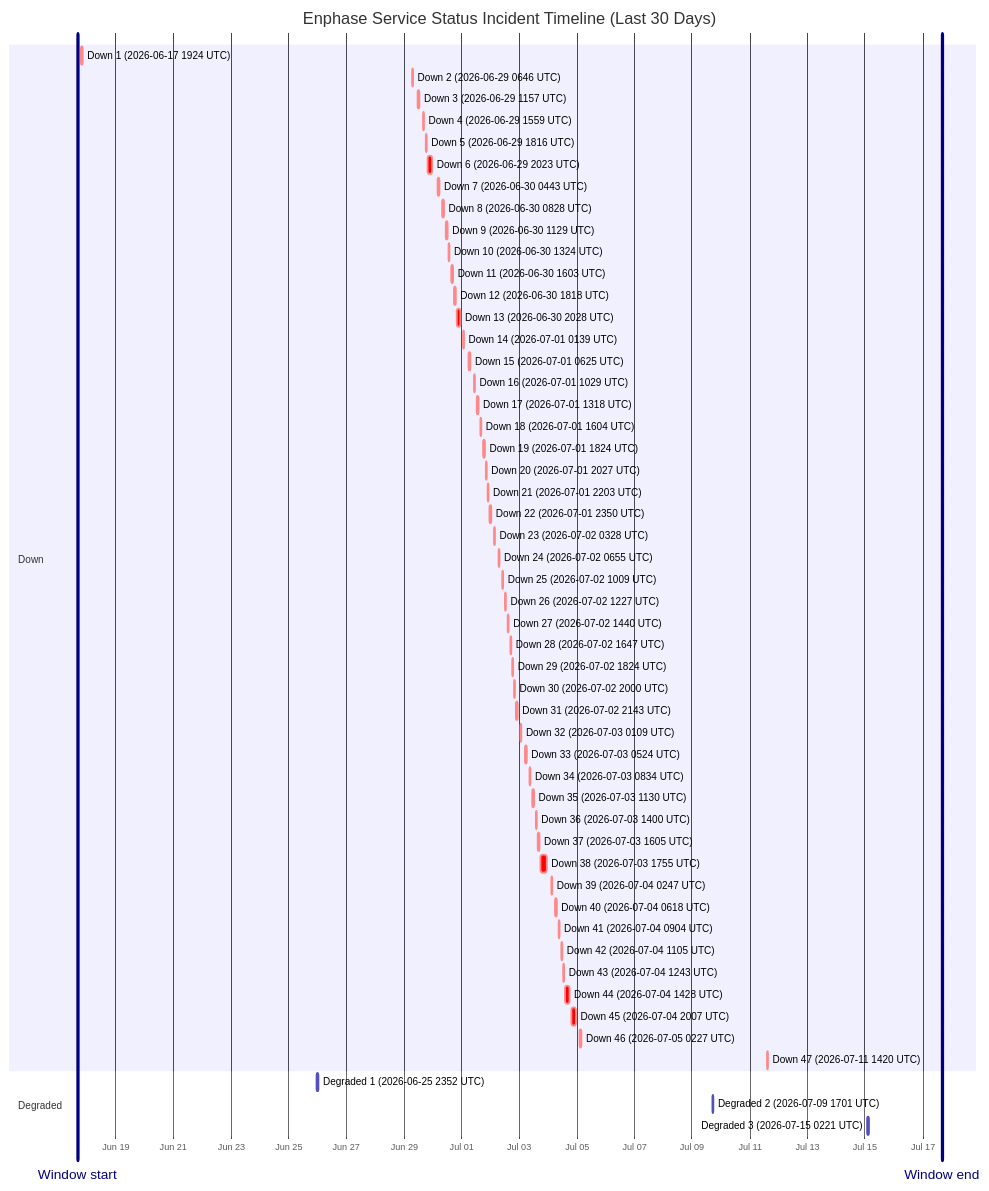
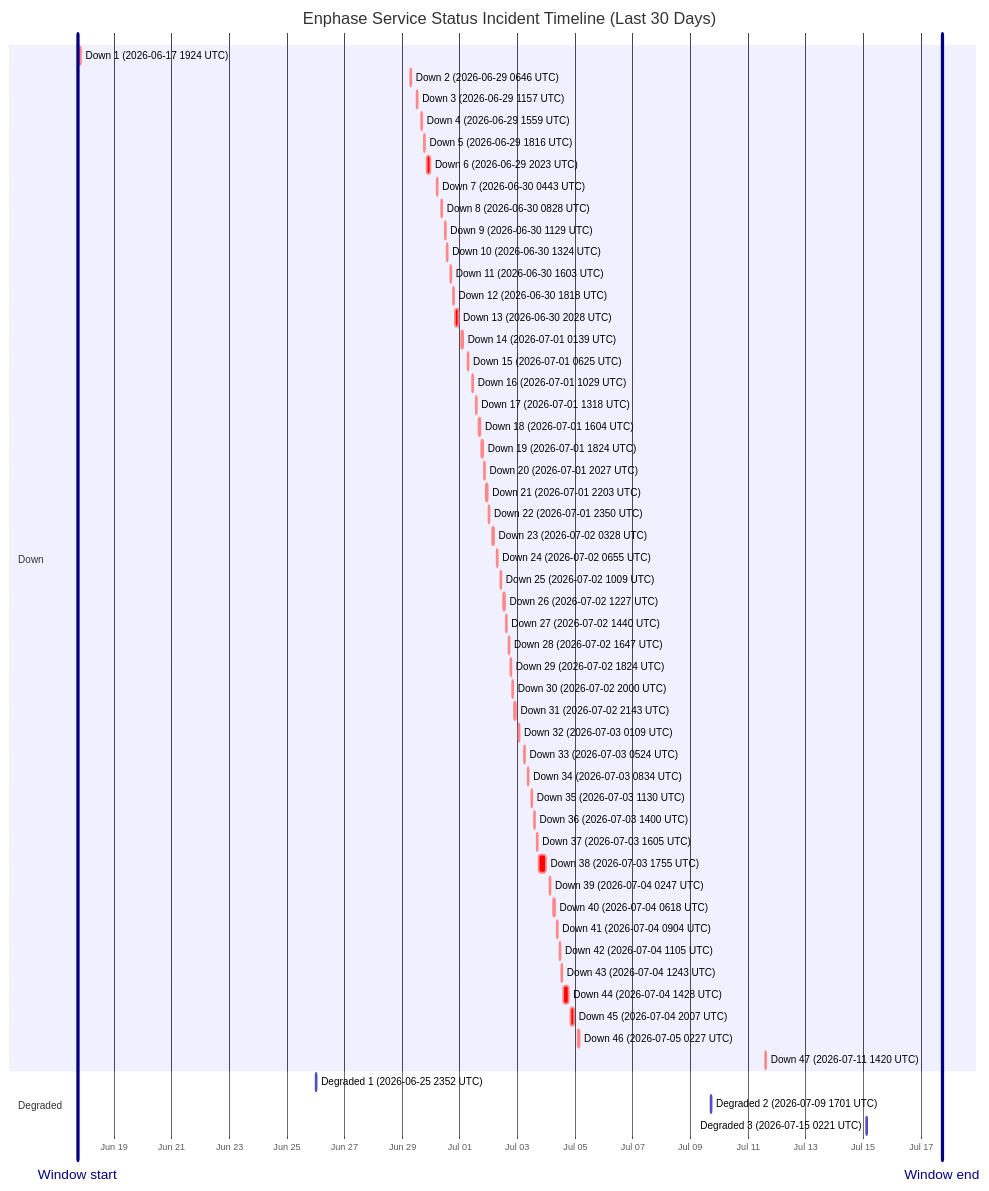
One commit to barneyonline/ha-enphase-energy changed the diagram in wiki/Service-Status-History.md. Above: the diagram before and after it, drawn with Mermaid. The commit also changed other lines of this file and 3 other files, not shown here.

````diff
--- a/wiki/Service-Status-History.md
+++ b/wiki/Service-Status-History.md
@@ -14,60 +14,60 @@
 ```mermaid
 gantt
     title Enphase Service Status Incident Timeline (Last 30 Days)
     dateFormat  YYYY-MM-DDTHH:mm:ss
     axisFormat  %b %d
-    Window start :vert, window-start, 2026-06-17T16:14:21, 0ms
-    Window end :vert, window-end, 2026-07-17T16:14:21, 0ms
+    Window start :vert, window-start, 2026-06-17T17:37:20, 0ms
+    Window end :vert, window-end, 2026-07-17T17:37:20, 0ms
     section Down
     Down 1 (2026-06-17 1924 UTC) :crit, down-1, 2026-06-17T19:24:51, 60m
     Down 2 (2026-06-29 0646 UTC) :crit, down-2, 2026-06-29T06:46:18, 60m
     Down 3 (2026-06-29 1157 UTC) :crit, down-3, 2026-06-29T11:57:36, 60m
     Down 4 (2026-06-29 1559 UTC) :crit, down-4, 2026-06-29T15:59:02, 60m
     Down 5 (2026-06-29 1816 UTC) :crit, down-5, 2026-06-29T18:16:38, 60m
     Down 6 (2026-06-29 2023 UTC) :crit, down-6, 2026-06-29T20:23:16, 220m
     Down 7 (2026-06-30 0443 UTC) :crit, down-7, 2026-06-30T04:43:54, 60m
     Down 8 (2026-06-30 0828 UTC) :crit, down-8, 2026-06-30T08:28:43, 60m
     Down 9 (2026-06-30 1129 UTC) :crit, down-9, 2026-06-30T11:29:15, 60m
     Down 10 (2026-06-30 1324 UTC) :crit, down-10, 2026-06-30T13:24:25, 60m
     Down 11 (2026-06-30 1603 UTC) :crit, down-11, 2026-06-30T16:03:26, 60m
     Down 12 (2026-06-30 1818 UTC) :crit, down-12, 2026-06-30T18:18:39, 60m
     Down 13 (2026-06-30 2028 UTC) :crit, down-13, 2026-06-30T20:28:54, 171m
     Down 14 (2026-07-01 0139 UTC) :crit, down-14, 2026-07-01T01:39:18, 60m
     Down 15 (2026-07-01 0625 UTC) :crit, down-15, 2026-07-01T06:25:35, 60m
     Down 16 (2026-07-01 1029 UTC) :crit, down-16, 2026-07-01T10:29:24, 60m
     Down 17 (2026-07-01 1318 UTC) :crit, down-17, 2026-07-01T13:18:31, 60m
     Down 18 (2026-07-01 1604 UTC) :crit, down-18, 2026-07-01T16:04:29, 60m
     Down 19 (2026-07-01 1824 UTC) :crit, down-19, 2026-07-01T18:24:21, 60m
     Down 20 (2026-07-01 2027 UTC) :crit, down-20, 2026-07-01T20:27:17, 60m
     Down 21 (2026-07-01 2203 UTC) :crit, down-21, 2026-07-01T22:03:46, 60m
     Down 22 (2026-07-01 2350 UTC) :crit, down-22, 2026-07-01T23:50:52, 60m
     Down 23 (2026-07-02 0328 UTC) :crit, down-23, 2026-07-02T03:28:33, 60m
     Down 24 (2026-07-02 0655 UTC) :crit, down-24, 2026-07-02T06:55:07, 60m
     Down 25 (2026-07-02 1009 UTC) :crit, down-25, 2026-07-02T10:09:15, 60m
     Down 26 (2026-07-02 1227 UTC) :crit, down-26, 2026-07-02T12:27:49, 60m
     Down 27 (2026-07-02 1440 UTC) :crit, down-27, 2026-07-02T14:40:53, 60m
     Down 28 (2026-07-02 1647 UTC) :crit, down-28, 2026-07-02T16:47:47, 60m
     Down 29 (2026-07-02 1824 UTC) :crit, down-29, 2026-07-02T18:24:26, 60m
     Down 30 (2026-07-02 2000 UTC) :crit, down-30, 2026-07-02T20:00:57, 60m
     Down 31 (2026-07-02 2143 UTC) :crit, down-31, 2026-07-02T21:43:52, 80m
     Down 32 (2026-07-03 0109 UTC) :crit, down-32, 2026-07-03T01:09:19, 60m
     Down 33 (2026-07-03 0524 UTC) :crit, down-33, 2026-07-03T05:24:23, 60m
     Down 34 (2026-07-03 0834 UTC) :crit, down-34, 2026-07-03T08:34:05, 60m
     Down 35 (2026-07-03 1130 UTC) :crit, down-35, 2026-07-03T11:30:41, 60m
     Down 36 (2026-07-03 1400 UTC) :crit, down-36, 2026-07-03T14:00:48, 60m
     Down 37 (2026-07-03 1605 UTC) :crit, down-37, 2026-07-03T16:05:49, 60m
     Down 38 (2026-07-03 1755 UTC) :crit, down-38, 2026-07-03T17:55:54, 338m
     Down 39 (2026-07-04 0247 UTC) :crit, down-39, 2026-07-04T02:47:22, 60m
     Down 40 (2026-07-04 0618 UTC) :crit, down-40, 2026-07-04T06:18:09, 60m
     Down 41 (2026-07-04 0904 UTC) :crit, down-41, 2026-07-04T09:04:41, 60m
     Down 42 (2026-07-04 1105 UTC) :crit, down-42, 2026-07-04T11:05:21, 60m
     Down 43 (2026-07-04 1243 UTC) :crit, down-43, 2026-07-04T12:43:25, 60m
     Down 44 (2026-07-04 1428 UTC) :crit, down-44, 2026-07-04T14:28:07, 243m
     Down 45 (2026-07-04 2007 UTC) :crit, down-45, 2026-07-04T20:07:50, 206m
     Down 46 (2026-07-05 0227 UTC) :crit, down-46, 2026-07-05T02:27:32, 109m
     Down 47 (2026-07-11 1420 UTC) :crit, down-47, 2026-07-11T14:20:54, 69m
     section Degraded
     Degraded 1 (2026-06-25 2352 UTC) :active, degraded-1, 2026-06-25T23:52:01, 60m
     Degraded 2 (2026-07-09 1701 UTC) :active, degraded-2, 2026-07-09T17:01:02, 60m
     Degraded 3 (2026-07-15 0221 UTC) :active, degraded-3, 2026-07-15T02:21:35, 60m
 ```
````
